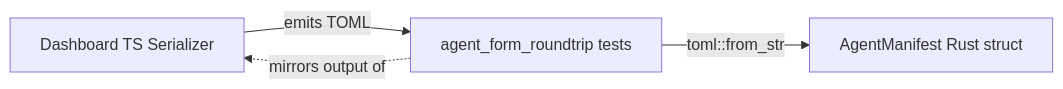
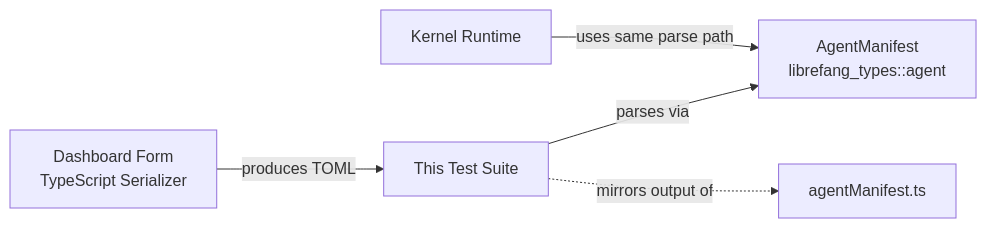
The diagram in other-librefang-types-tests.md (leszek3737/librefang-WIki), drawn with Mermaid before and after one commit. The commit also changed other lines of this file and 98 other files, not shown here.

````diff
--- a/other-librefang-types-tests.md
+++ b/other-librefang-types-tests.md
@@ -13,6 +20,7 @@
 ```mermaid
 graph LR
-    A[Dashboard TS Serializer] -->|emits TOML| B[agent_form_roundtrip tests]
-    B -->|toml::from_str| C[AgentManifest Rust struct]
-    B -.->|mirrors output of| A
+    A[Dashboard Form<br/>TypeScript Serializer] -->|produces TOML| B[This Test Suite]
+    B -->|parses via| C[AgentManifest<br/>librefang_types::agent]
+    B -.->|mirrors output of| D[agentManifest.ts]
+    E[Kernel Runtime] -->|uses same parse path| C
 ```
````
